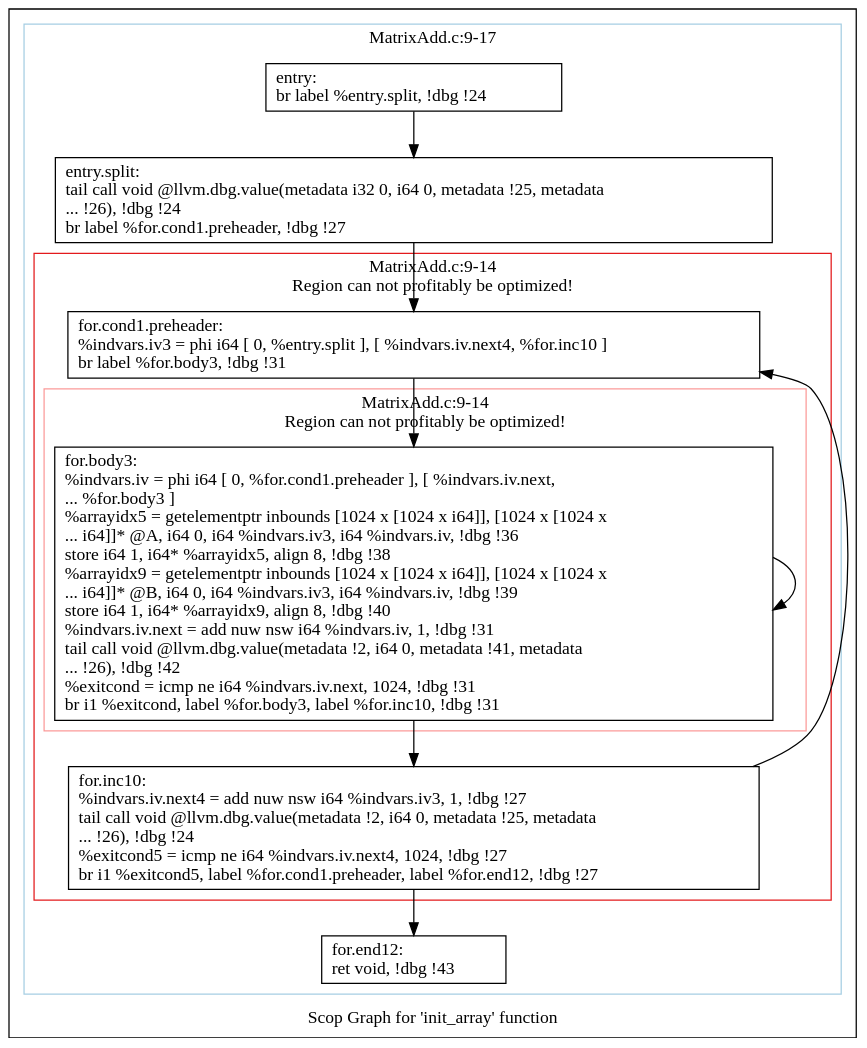
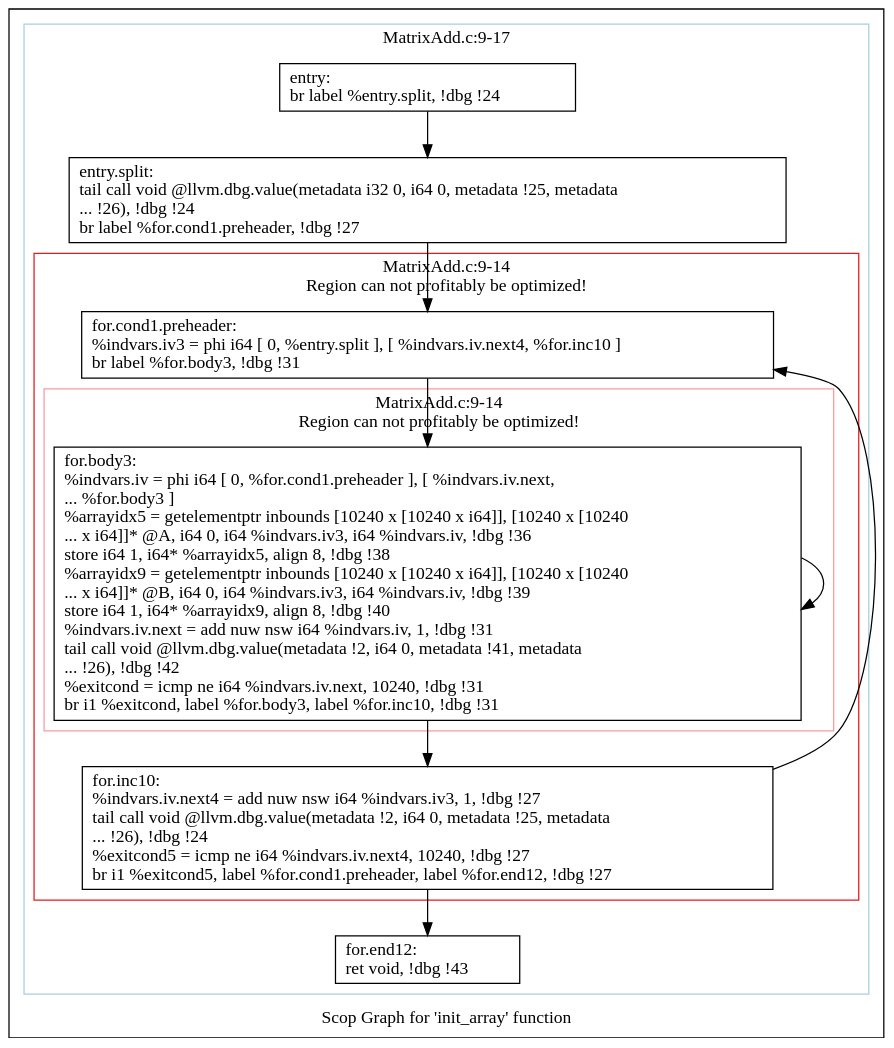
The diagram in polly/MatrixAdd/impl/handwritten/dot/scops.init_array.dot (samminweng/WhileyOpenCL), drawn with Graphviz before and after one commit. The commit also changed 60 other files, not shown here.

```diff
--- a/polly/MatrixAdd/impl/handwritten/dot/scops.init_array.dot
+++ b/polly/MatrixAdd/impl/handwritten/dot/scops.init_array.dot
@@ -1,42 +1,42 @@
 digraph "Scop Graph for 'init_array' function" {
 	label="Scop Graph for 'init_array' function";
 
-	Node0x697ca40 [shape=record,label="{entry:\l  br label %entry.split, !dbg !24\l}"];
-	Node0x697ca40 -> Node0x69834c0;
-	Node0x69834c0 [shape=record,label="{entry.split:                                      \l  tail call void @llvm.dbg.value(metadata i32 0, i64 0, metadata !25, metadata\l... !26), !dbg !24\l  br label %for.cond1.preheader, !dbg !27\l}"];
-	Node0x69834c0 -> Node0x69a0dd0;
-	Node0x69a0dd0 [shape=record,label="{for.cond1.preheader:                              \l  %indvars.iv3 = phi i64 [ 0, %entry.split ], [ %indvars.iv.next4, %for.inc10 ]\l  br label %for.body3, !dbg !31\l}"];
-	Node0x69a0dd0 -> Node0x69847c0;
-	Node0x69847c0 [shape=record,label="{for.body3:                                        \l  %indvars.iv = phi i64 [ 0, %for.cond1.preheader ], [ %indvars.iv.next,\l... %for.body3 ]\l  %arrayidx5 = getelementptr inbounds [1024 x [1024 x i64]], [1024 x [1024 x\l... i64]]* @A, i64 0, i64 %indvars.iv3, i64 %indvars.iv, !dbg !36\l  store i64 1, i64* %arrayidx5, align 8, !dbg !38\l  %arrayidx9 = getelementptr inbounds [1024 x [1024 x i64]], [1024 x [1024 x\l... i64]]* @B, i64 0, i64 %indvars.iv3, i64 %indvars.iv, !dbg !39\l  store i64 1, i64* %arrayidx9, align 8, !dbg !40\l  %indvars.iv.next = add nuw nsw i64 %indvars.iv, 1, !dbg !31\l  tail call void @llvm.dbg.value(metadata !2, i64 0, metadata !41, metadata\l... !26), !dbg !42\l  %exitcond = icmp ne i64 %indvars.iv.next, 1024, !dbg !31\l  br i1 %exitcond, label %for.body3, label %for.inc10, !dbg !31\l}"];
-	Node0x69847c0 -> Node0x69847c0[constraint=false];
-	Node0x69847c0 -> Node0x697e560;
-	Node0x697e560 [shape=record,label="{for.inc10:                                        \l  %indvars.iv.next4 = add nuw nsw i64 %indvars.iv3, 1, !dbg !27\l  tail call void @llvm.dbg.value(metadata !2, i64 0, metadata !25, metadata\l... !26), !dbg !24\l  %exitcond5 = icmp ne i64 %indvars.iv.next4, 1024, !dbg !27\l  br i1 %exitcond5, label %for.cond1.preheader, label %for.end12, !dbg !27\l}"];
-	Node0x697e560 -> Node0x69a0dd0[constraint=false];
-	Node0x697e560 -> Node0x697e5c0;
-	Node0x697e5c0 [shape=record,label="{for.end12:                                        \l  ret void, !dbg !43\l}"];
+	Node0x4e99320 [shape=record,label="{entry:\l  br label %entry.split, !dbg !24\l}"];
+	Node0x4e99320 -> Node0x4e9b480;
+	Node0x4e9b480 [shape=record,label="{entry.split:                                      \l  tail call void @llvm.dbg.value(metadata i32 0, i64 0, metadata !25, metadata\l... !26), !dbg !24\l  br label %for.cond1.preheader, !dbg !27\l}"];
+	Node0x4e9b480 -> Node0x4e9b4a0;
+	Node0x4e9b4a0 [shape=record,label="{for.cond1.preheader:                              \l  %indvars.iv3 = phi i64 [ 0, %entry.split ], [ %indvars.iv.next4, %for.inc10 ]\l  br label %for.body3, !dbg !31\l}"];
+	Node0x4e9b4a0 -> Node0x4e9bd60;
+	Node0x4e9bd60 [shape=record,label="{for.body3:                                        \l  %indvars.iv = phi i64 [ 0, %for.cond1.preheader ], [ %indvars.iv.next,\l... %for.body3 ]\l  %arrayidx5 = getelementptr inbounds [10240 x [10240 x i64]], [10240 x [10240\l... x i64]]* @A, i64 0, i64 %indvars.iv3, i64 %indvars.iv, !dbg !36\l  store i64 1, i64* %arrayidx5, align 8, !dbg !38\l  %arrayidx9 = getelementptr inbounds [10240 x [10240 x i64]], [10240 x [10240\l... x i64]]* @B, i64 0, i64 %indvars.iv3, i64 %indvars.iv, !dbg !39\l  store i64 1, i64* %arrayidx9, align 8, !dbg !40\l  %indvars.iv.next = add nuw nsw i64 %indvars.iv, 1, !dbg !31\l  tail call void @llvm.dbg.value(metadata !2, i64 0, metadata !41, metadata\l... !26), !dbg !42\l  %exitcond = icmp ne i64 %indvars.iv.next, 10240, !dbg !31\l  br i1 %exitcond, label %for.body3, label %for.inc10, !dbg !31\l}"];
+	Node0x4e9bd60 -> Node0x4e9bd60[constraint=false];
+	Node0x4e9bd60 -> Node0x4e8ee20;
+	Node0x4e8ee20 [shape=record,label="{for.inc10:                                        \l  %indvars.iv.next4 = add nuw nsw i64 %indvars.iv3, 1, !dbg !27\l  tail call void @llvm.dbg.value(metadata !2, i64 0, metadata !25, metadata\l... !26), !dbg !24\l  %exitcond5 = icmp ne i64 %indvars.iv.next4, 10240, !dbg !27\l  br i1 %exitcond5, label %for.cond1.preheader, label %for.end12, !dbg !27\l}"];
+	Node0x4e8ee20 -> Node0x4e9b4a0[constraint=false];
+	Node0x4e8ee20 -> Node0x4e8ee40;
+	Node0x4e8ee40 [shape=record,label="{for.end12:                                        \l  ret void, !dbg !43\l}"];
 	colorscheme = "paired12"
-        subgraph cluster_0x69852d0 {
+        subgraph cluster_0x4e96ec0 {
           label = "MatrixAdd.c:9-17
 ";
           style = solid;
           color = 1
-          subgraph cluster_0x6987240 {
+          subgraph cluster_0x4e963b0 {
             label = "MatrixAdd.c:9-14
 Region can not profitably be optimized!";
             style = solid;
             color = 6
-            subgraph cluster_0x6988290 {
+            subgraph cluster_0x4e9c850 {
               label = "MatrixAdd.c:9-14
 Region can not profitably be optimized!";
               style = solid;
               color = 5
-              Node0x69847c0;
+              Node0x4e9bd60;
             }
-            Node0x69a0dd0;
-            Node0x697e560;
+            Node0x4e9b4a0;
+            Node0x4e8ee20;
           }
-          Node0x697ca40;
-          Node0x69834c0;
-          Node0x697e5c0;
+          Node0x4e99320;
+          Node0x4e9b480;
+          Node0x4e8ee40;
         }
 }
```
